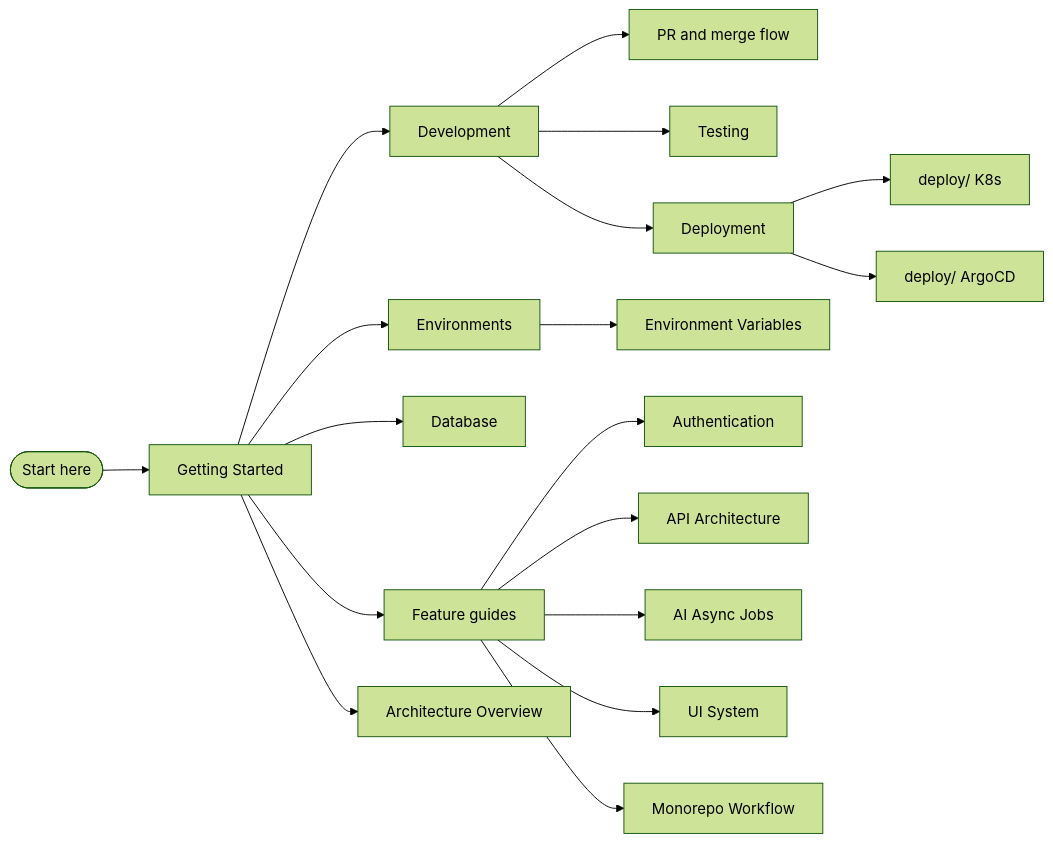
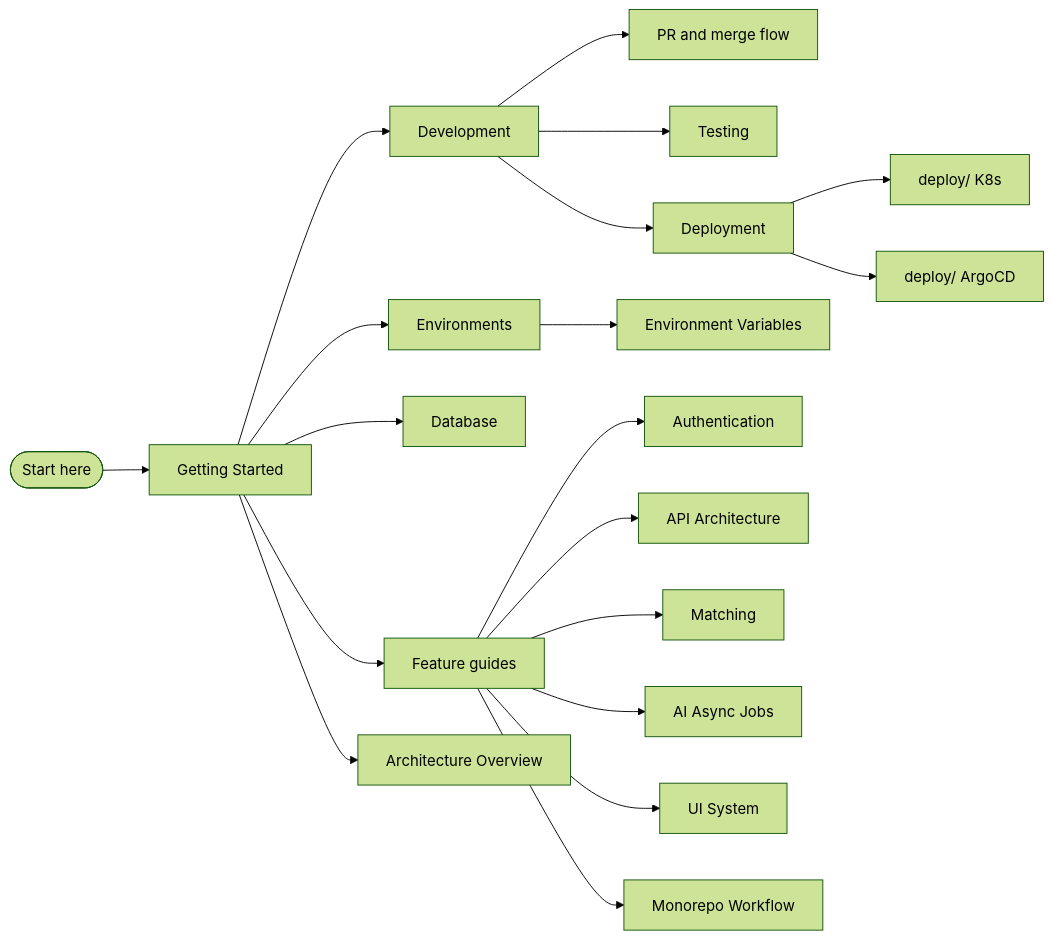
One commit to mansourhaa/matchyplus-site-test-front-end changed the diagram in doc/README.md. Above: the diagram before and after it, drawn with Mermaid (forest theme). The commit also changed other lines of this file and 67 other files, not shown here.

````diff
--- a/doc/README.md
+++ b/doc/README.md
@@ -10,25 +10,26 @@
 ```mermaid
 flowchart LR
     Start([Start here]) --> GS[Getting Started]
     GS --> Dev[Development]
     GS --> Env[Environments]
     GS --> DB[Database]
 
     Dev --> PR[PR and merge flow]
     Dev --> Test[Testing]
     Dev --> Deploy[Deployment]
 
     Env --> EnvVars[Environment Variables]
 
     Deploy --> Infra[deploy/ K8s]
     Deploy --> Argo[deploy/ ArgoCD]
 
     GS --> Features[Feature guides]
     Features --> Auth[Authentication]
     Features --> API[API Architecture]
+    Features --> Match[Matching]
     Features --> AI[AI Async Jobs]
     Features --> UI[UI System]
     Features --> Mono[Monorepo Workflow]
 
     GS --> Arch[Architecture Overview]
 ```
````
